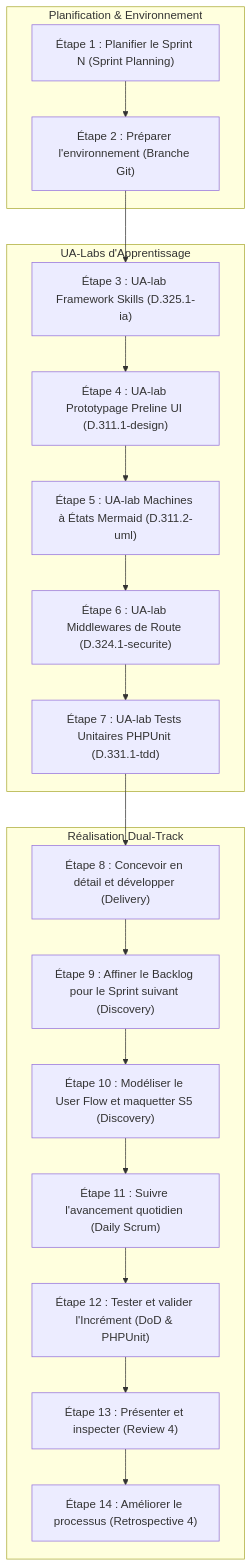
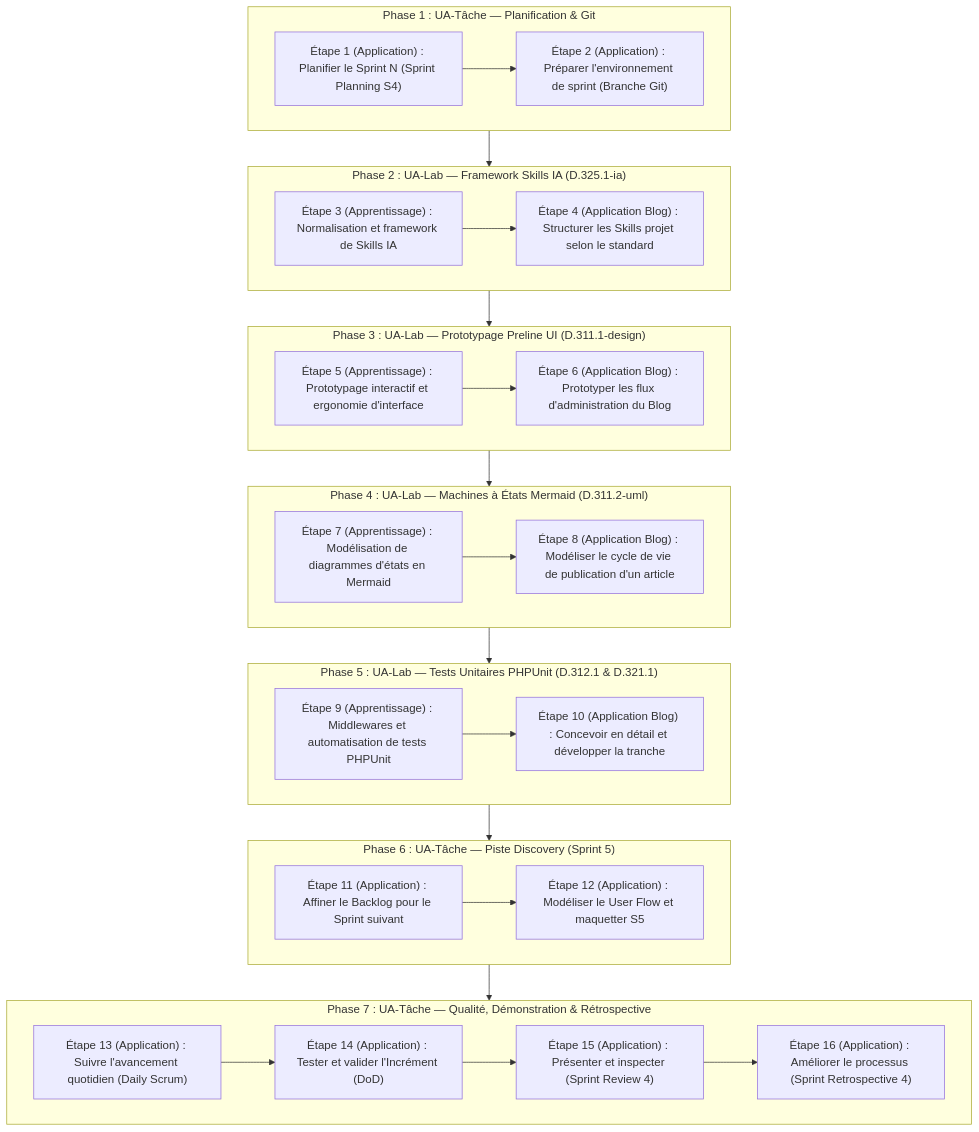
Before and after one commit to labs-web/projet-imiation-n3: the diagram in flux-travail/sessions/flux-travail-s4.md, drawn with Mermaid. The commit also changed other lines of this file and 12 other files, not shown here.

````diff
--- a/flux-travail/sessions/flux-travail-s4.md
+++ b/flux-travail/sessions/flux-travail-s4.md
@@ -64,24 +59,48 @@
 ```mermaid
 flowchart TD
-    subgraph S4_Prep ["Planification & Environnement"]
-        R1["Étape 1 : Planifier le Sprint N (Sprint Planning)"] --> R2["Étape 2 : Préparer l'environnement (Branche Git)"]
+    subgraph P1 ["Phase 1 : UA-Tâche — Planification & Git"]
+        E1["Étape 1 (Application) : Planifier le Sprint N (Sprint Planning S4)"]
+        E2["Étape 2 (Application) : Préparer l'environnement de sprint (Branche Git)"]
+        E1 --> E2
     end
 
-    subgraph S4_Labs ["UA-Labs d'Apprentissage"]
-        R2 --> U1["Étape 3 : UA-lab Framework Skills (D.325.1-ia)"]
-        U1 --> U2["Étape 4 : UA-lab Prototypage Preline UI (D.311.1-design)"]
-        U2 --> U3["Étape 5 : UA-lab Machines à États Mermaid (D.311.2-uml)"]
-        U3 --> U4["Étape 6 : UA-lab Middlewares de Route (D.324.1-securite)"]
-        U4 --> U5["Étape 7 : UA-lab Tests Unitaires PHPUnit (D.331.1-tdd)"]
+    subgraph P2 ["Phase 2 : UA-Lab — Framework Skills IA (D.325.1-ia)"]
+        E3["Étape 3 (Apprentissage) : Normalisation et framework de Skills IA"]
+        E4["Étape 4 (Application Blog) : Structurer les Skills projet selon le standard"]
+        E3 --> E4
     end
 
-    subgraph S4_Real ["Réalisation Dual-Track"]
-        U5 --> R3["Étape 8 : Concevoir en détail et développer (Delivery)"]
-        R3 --> R4["Étape 9 : Affiner le Backlog pour le Sprint suivant (Discovery)"]
-        R4 --> R5["Étape 10 : Modéliser le User Flow et maquetter S5 (Discovery)"]
-        R5 --> R6["Étape 11 : Suivre l'avancement quotidien (Daily Scrum)"]
-        R6 --> R7["Étape 12 : Tester et valider l'Incrément (DoD & PHPUnit)"]
-        R7 --> R8["Étape 13 : Présenter et inspecter (Review 4)"]
-        R8 --> R9["Étape 14 : Améliorer le processus (Retrospective 4)"]
+    subgraph P3 ["Phase 3 : UA-Lab — Prototypage Preline UI (D.311.1-design)"]
+        E5["Étape 5 (Apprentissage) : Prototypage interactif et ergonomie d'interface"]
+        E6["Étape 6 (Application Blog) : Prototyper les flux d'administration du Blog"]
+        E5 --> E6
     end
+
+    subgraph P4 ["Phase 4 : UA-Lab — Machines à États Mermaid (D.311.2-uml)"]
+        E7["Étape 7 (Apprentissage) : Modélisation de diagrammes d'états en Mermaid"]
+        E8["Étape 8 (Application Blog) : Modéliser le cycle de vie de publication d'un article"]
+        E7 --> E8
+    end
+
+    subgraph P5 ["Phase 5 : UA-Lab — Tests Unitaires PHPUnit (D.312.1 & D.321.1)"]
+        E9["Étape 9 (Apprentissage) : Middlewares et automatisation de tests PHPUnit"]
+        E10["Étape 10 (Application Blog) : Concevoir en détail et développer la tranche"]
+        E9 --> E10
+    end
+
+    subgraph P6 ["Phase 6 : UA-Tâche — Piste Discovery (Sprint 5)"]
+        E11["Étape 11 (Application) : Affiner le Backlog pour le Sprint suivant"]
+        E12["Étape 12 (Application) : Modéliser le User Flow et maquetter S5"]
+        E11 --> E12
+    end
+
+    subgraph P7 ["Phase 7 : UA-Tâche — Qualité, Démonstration & Rétrospective"]
+        E13["Étape 13 (Application) : Suivre l'avancement quotidien (Daily Scrum)"]
+        E14["Étape 14 (Application) : Tester et valider l'Incrément (DoD)"]
+        E15["Étape 15 (Application) : Présenter et inspecter (Sprint Review 4)"]
+        E16["Étape 16 (Application) : Améliorer le processus (Sprint Retrospective 4)"]
+        E13 --> E14 --> E15 --> E16
+    end
+
+    P1 --> P2 --> P3 --> P4 --> P5 --> P6 --> P7
 ```
````
